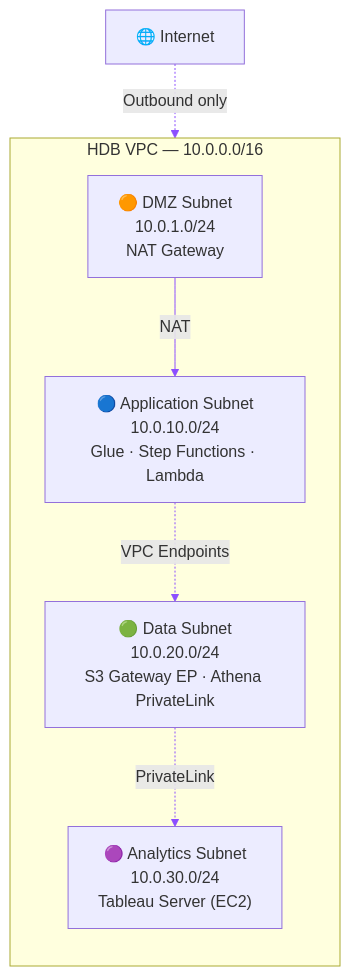
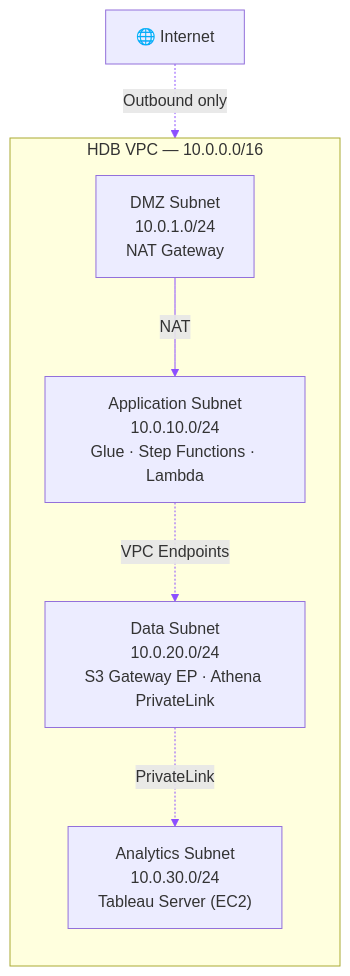
One commit to jxhnthan/HDB changed the fifth of 5 diagrams in architecture/ARCHITECTURE.md. Above: the diagram before and after it, drawn with Mermaid. The commit also changed other lines of this file, not shown here.

````diff
--- a/architecture/ARCHITECTURE.md
+++ b/architecture/ARCHITECTURE.md
@@ -174,18 +174,18 @@
 ```mermaid
 %%{init: {"flowchart": {"htmlLabels": true, "curve": "basis"}, "themeVariables": {"primaryColor": "#f9f7ff", "primaryBorderColor": "#8c4fff", "lineColor": "#8c4fff", "tertiaryColor": "#f0f2f5"}}}%%
 flowchart TB
     INTERNET["🌐 Internet"]
 
     subgraph VPC["HDB VPC — 10.0.0.0/16"]
         direction TB
-        DMZ["🟠 DMZ Subnet<br/>10.0.1.0/24<br/>NAT Gateway"]
-        APP["🔵 Application Subnet<br/>10.0.10.0/24<br/>Glue · Step Functions · Lambda"]
-        DATA["🟢 Data Subnet<br/>10.0.20.0/24<br/>S3 Gateway EP · Athena PrivateLink"]
-        ANALYTICS["🟣 Analytics Subnet<br/>10.0.30.0/24<br/>Tableau Server (EC2)"]
+        DMZ["DMZ Subnet<br/>10.0.1.0/24<br/>NAT Gateway"]
+        APP["Application Subnet<br/>10.0.10.0/24<br/>Glue · Step Functions · Lambda"]
+        DATA["Data Subnet<br/>10.0.20.0/24<br/>S3 Gateway EP · Athena PrivateLink"]
+        ANALYTICS["Analytics Subnet<br/>10.0.30.0/24<br/>Tableau Server (EC2)"]
     end
 
     INTERNET -.->|"Outbound only"| DMZ
     DMZ -->|"NAT"| APP
     APP -.->|"VPC Endpoints"| DATA
     DATA -.->|"PrivateLink"| ANALYTICS
 ```
````
